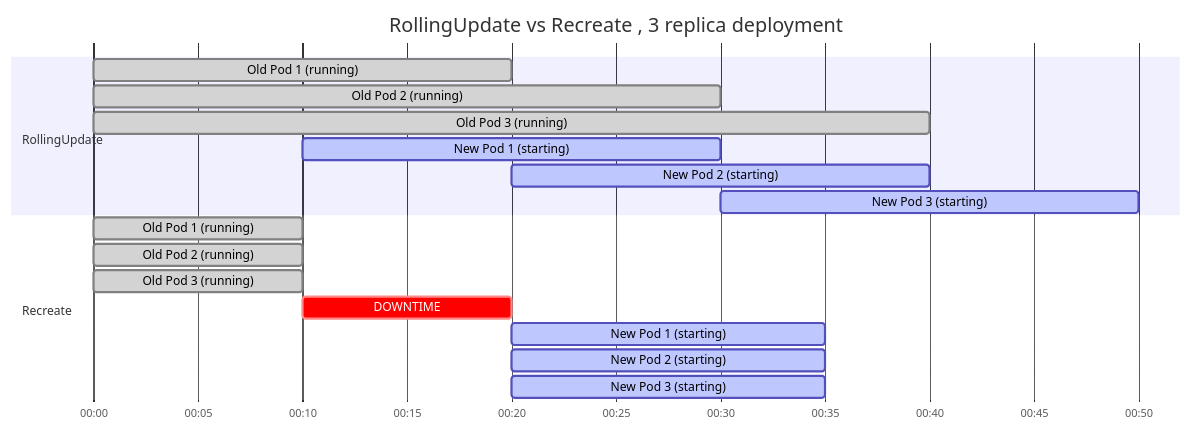
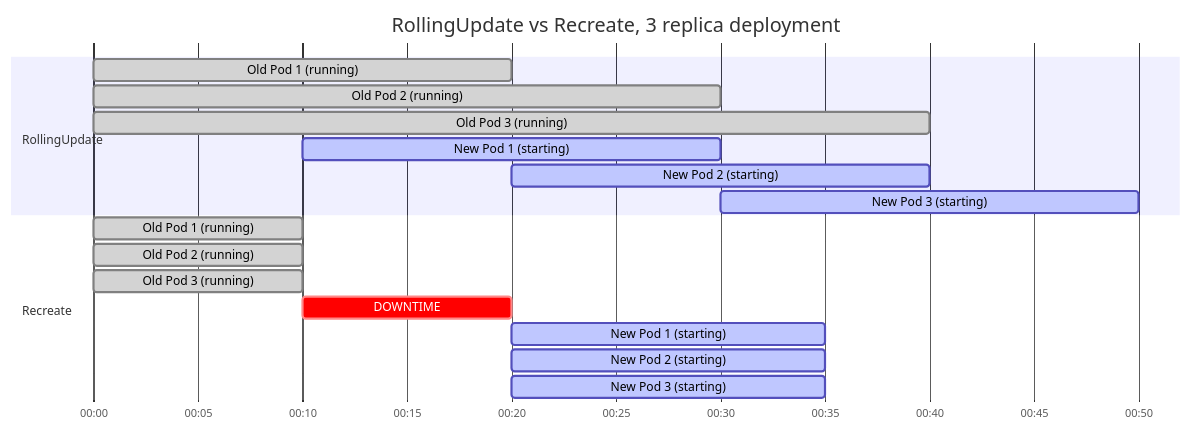
One commit to Antoine-Flo/kube-mastery changed the diagram in src/courses/modules/deployments/05-update-strategies/en/content.md. Above: the diagram before and after it, drawn with Mermaid. The commit also changed other lines of this file and 73 other files, not shown here.

````diff
--- a/src/courses/modules/deployments/05-update-strategies/en/content.md
+++ b/src/courses/modules/deployments/05-update-strategies/en/content.md
@@ -79,23 +85,23 @@
 ```mermaid
 gantt
-    title RollingUpdate vs Recreate , 3 replica deployment
+    title RollingUpdate vs Recreate, 3 replica deployment
     dateFormat  mm:ss
     axisFormat  %M:%S
 
     section RollingUpdate
     Old Pod 1 (running)   :done,    r1, 00:00, 00:20
     Old Pod 2 (running)   :done,    r2, 00:00, 00:30
     Old Pod 3 (running)   :done,    r3, 00:00, 00:40
     New Pod 1 (starting)  :active,  n1, 00:10, 00:30
     New Pod 2 (starting)  :active,  n2, 00:20, 00:40
     New Pod 3 (starting)  :active,  n3, 00:30, 00:50
 
     section Recreate
     Old Pod 1 (running)   :done,    c1, 00:00, 00:10
     Old Pod 2 (running)   :done,    c2, 00:00, 00:10
     Old Pod 3 (running)   :done,    c3, 00:00, 00:10
     DOWNTIME              :crit,    dw, 00:10, 00:20
     New Pod 1 (starting)  :active,  cn1, 00:20, 00:35
     New Pod 2 (starting)  :active,  cn2, 00:20, 00:35
     New Pod 3 (starting)  :active,  cn3, 00:20, 00:35
 ```
````
